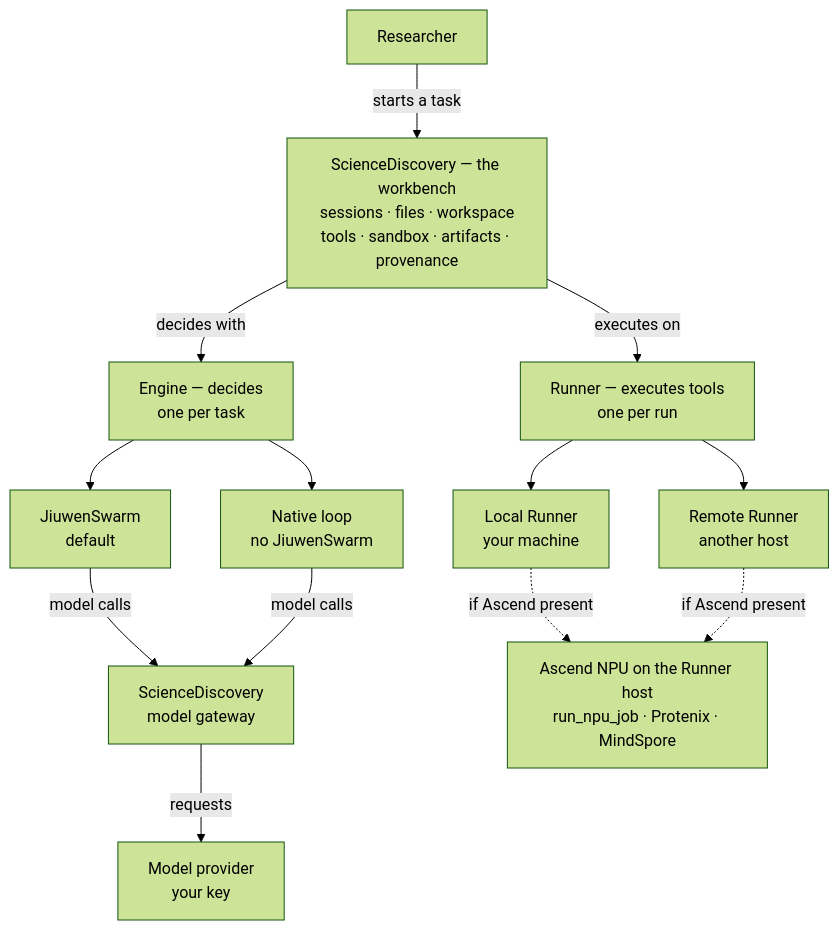
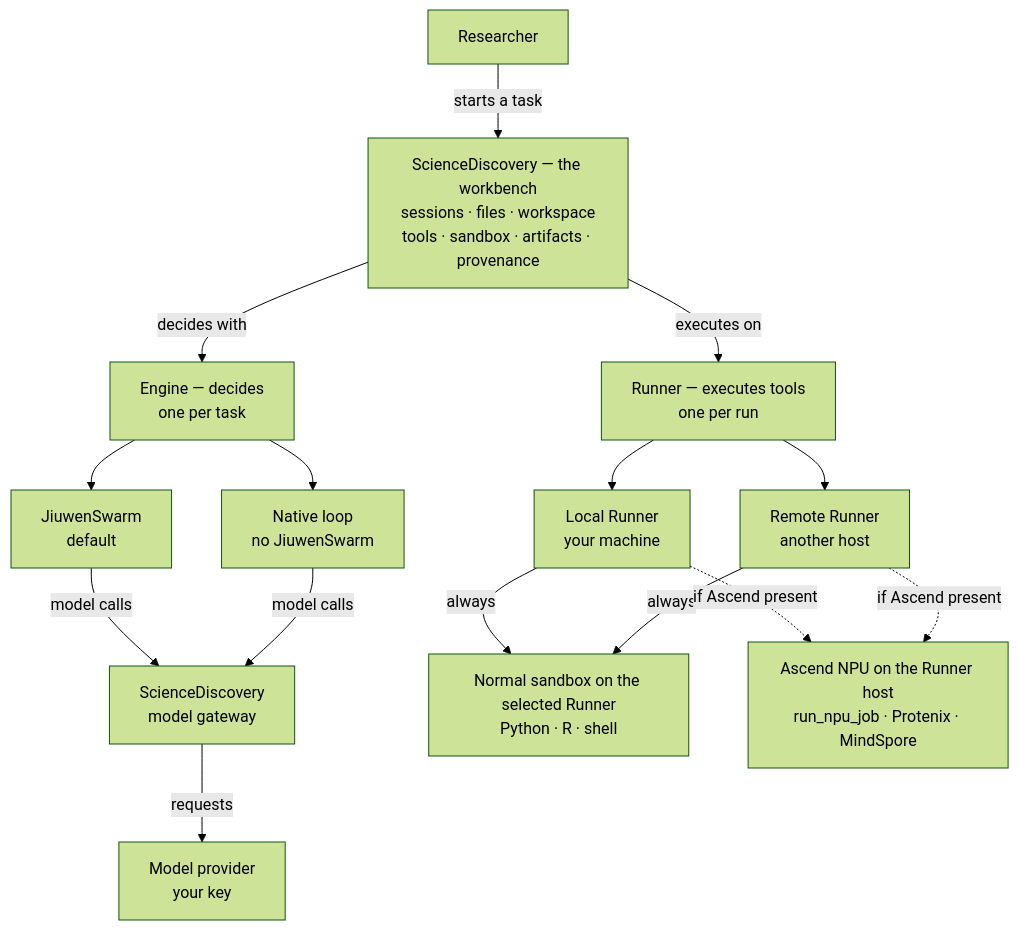
The first of 5 diagrams in company/sciencediscovery/overview.md (michaelatamuk/agentic-desk), drawn with Mermaid (forest theme) before and after one commit. The commit also changed other lines of this file, not shown here.

Commit message:
docs(company): show the no-NPU path in the main picture

````diff
--- a/company/sciencediscovery/overview.md
+++ b/company/sciencediscovery/overview.md
@@ -32,28 +32,31 @@
 ```mermaid
 flowchart TD
   R["Researcher"]
   SD["ScienceDiscovery — the workbench<br/>sessions · files · workspace<br/>tools · sandbox · artifacts · provenance"]
   ENG["Engine — decides<br/>one per task"]
   JS["JiuwenSwarm<br/>default"]
   NL["Native loop<br/>no JiuwenSwarm"]
   GW["ScienceDiscovery<br/>model gateway"]
   MP["Model provider<br/>your key"]
   RUN["Runner — executes tools<br/>one per run"]
   LR["Local Runner<br/>your machine"]
   RR["Remote Runner<br/>another host"]
+  SB["Normal sandbox on the selected Runner<br/>Python · R · shell"]
   NPU["Ascend NPU on the Runner host<br/>run_npu_job · Protenix · MindSpore"]
 
   R -->|"starts a task"| SD
   SD -->|"decides with"| ENG
   ENG --> JS
   ENG --> NL
   JS -->|"model calls"| GW
   NL -->|"model calls"| GW
   GW -->|"requests"| MP
 
   SD -->|"executes on"| RUN
   RUN --> LR
   RUN --> RR
+  LR -->|"always"| SB
+  RR -->|"always"| SB
   LR -.->|"if Ascend present"| NPU
   RR -.->|"if Ascend present"| NPU
 ```
````
